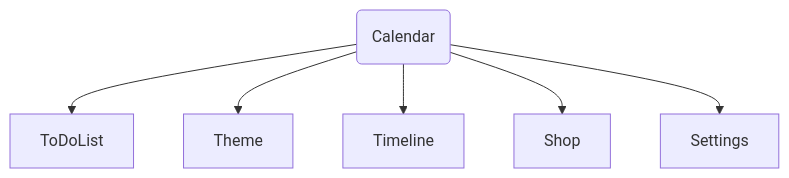
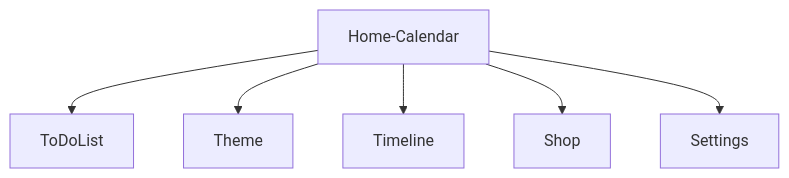
Before and after one commit to Laynaria/Toasty-Mood-Expo: the diagram in README.md, drawn with Mermaid.

Commit message:
little fix of readme graph

````diff
--- a/README.md
+++ b/README.md
@@ -7,8 +7,8 @@
 ```mermaid
 graph TD;
-    Home(Calendar)-->ToDoList;
-    Home(Calendar)-->Theme;
-    Home(Calendar)-->Timeline;
-    Home(Calendar)-->Shop;
-    Home(Calendar)-->Settings;
+    Home-Calendar-->ToDoList;
+    Home-Calendar-->Theme;
+    Home-Calendar-->Timeline;
+    Home-Calendar-->Shop;
+    Home-Calendar-->Settings;
 ```
````
